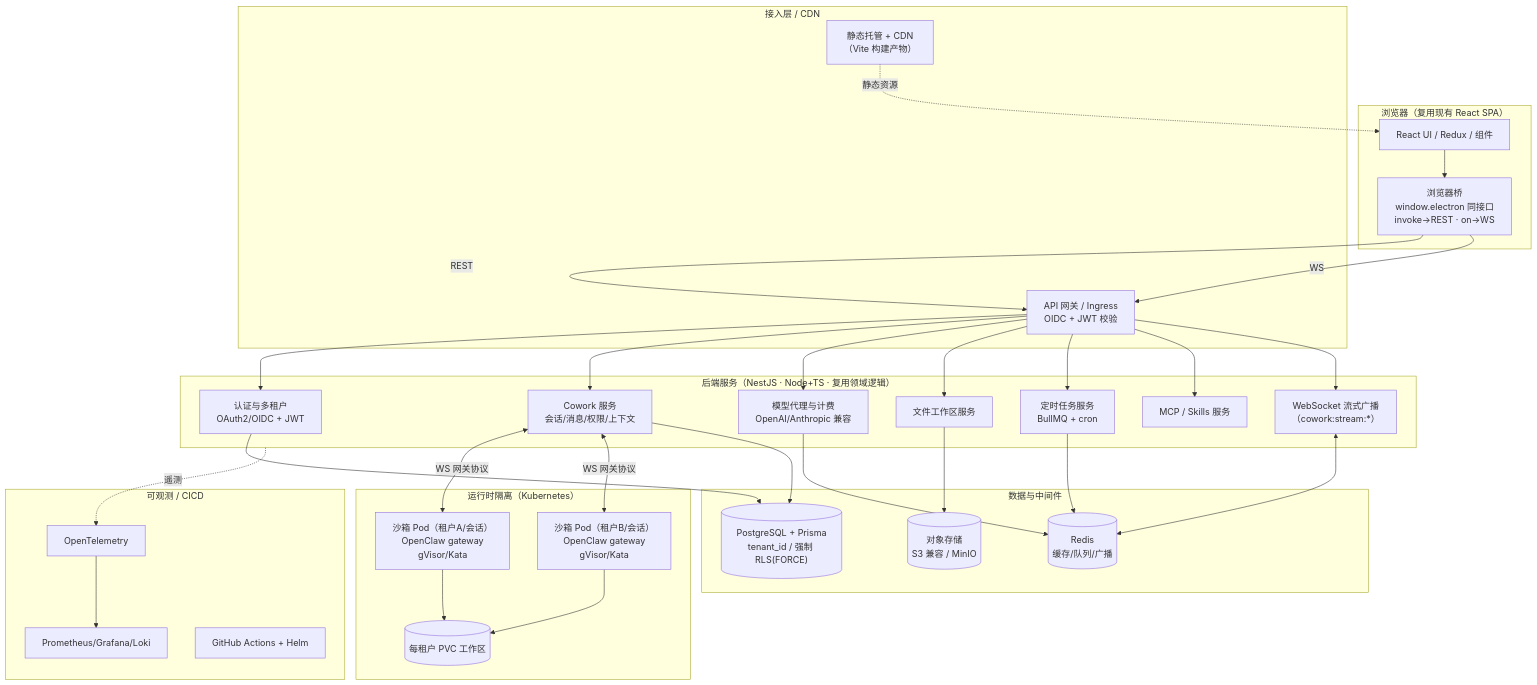
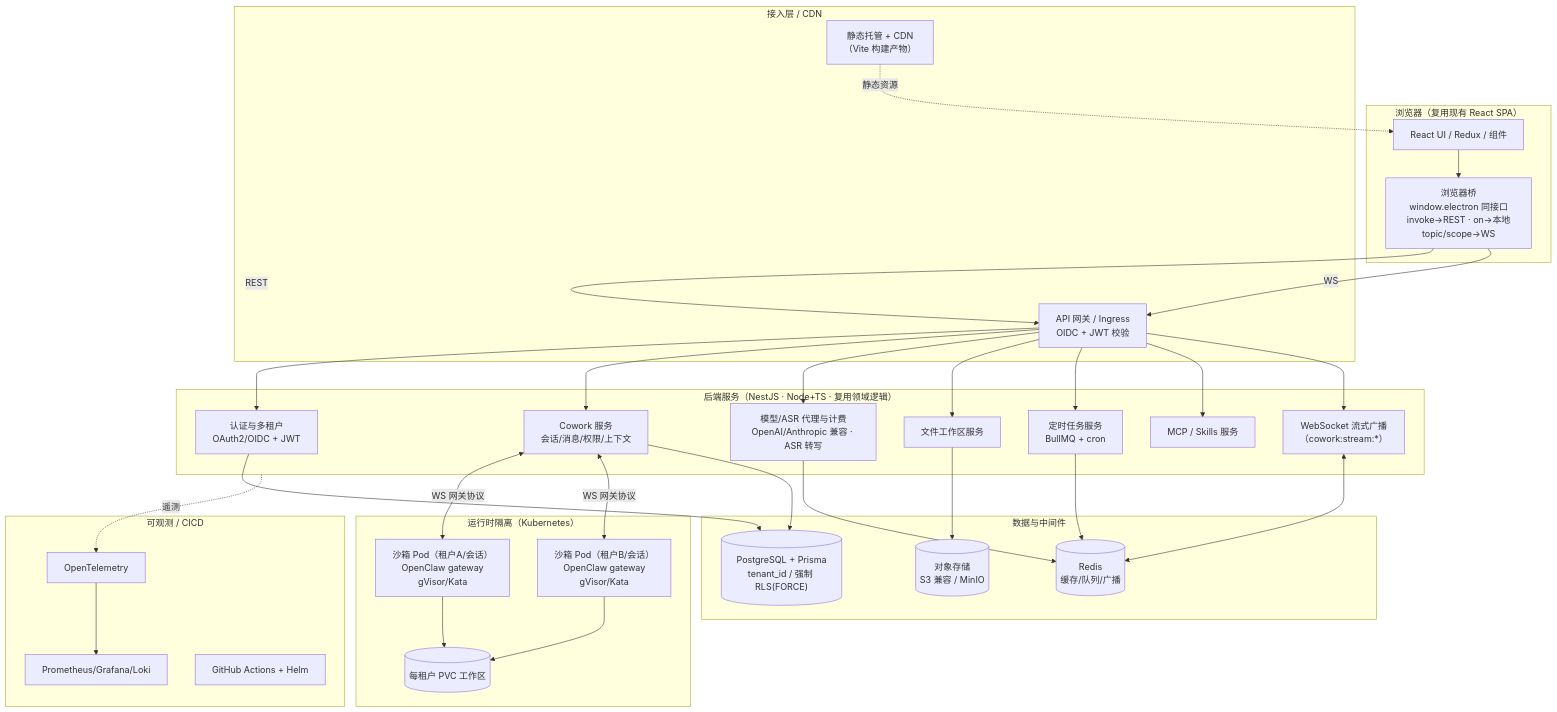
One commit to edward-ng-duke/LobsterAI changed the first of 3 diagrams in 改造计划/00-总览与执行摘要.md. Above: the diagram before and after it, drawn with Mermaid. The commit also changed other lines of this file and 27 other files, not shown here.

````diff
--- a/改造计划/00-总览与执行摘要.md
+++ b/改造计划/00-总览与执行摘要.md
@@ -103,57 +103,57 @@
 ```mermaid
 flowchart TB
   subgraph Client["浏览器（复用现有 React SPA）"]
     UI["React UI / Redux / 组件"]
-    Bridge["浏览器桥<br/>window.electron 同接口<br/>invoke→REST · on→WS"]
+    Bridge["浏览器桥<br/>window.electron 同接口<br/>invoke→REST · on→本地topic/scope→WS"]
     UI --> Bridge
   end
 
   subgraph Edge["接入层 / CDN"]
     CDN["静态托管 + CDN<br/>（Vite 构建产物）"]
     GW["API 网关 / Ingress<br/>OIDC + JWT 校验"]
   end
 
   subgraph Backend["后端服务（NestJS · Node+TS · 复用领域逻辑）"]
     Auth["认证与多租户<br/>OAuth2/OIDC + JWT"]
     Cowork["Cowork 服务<br/>会话/消息/权限/上下文"]
-    ModelProxy["模型代理与计费<br/>OpenAI/Anthropic 兼容"]
+    ModelProxy["模型/ASR 代理与计费<br/>OpenAI/Anthropic 兼容 · ASR 转写"]
     Files["文件工作区服务"]
     Sched["定时任务服务<br/>BullMQ + cron"]
     MCPSkill["MCP / Skills 服务"]
     WSHub["WebSocket 流式广播<br/>（cowork:stream:*）"]
   end
 
   subgraph Data["数据与中间件"]
     PG[("PostgreSQL + Prisma<br/>tenant_id / 强制 RLS(FORCE)")]
     Redis[("Redis<br/>缓存/队列/广播")]
     S3[("对象存储<br/>S3 兼容 / MinIO")]
   end
 
   subgraph Runtime["运行时隔离（Kubernetes）"]
     Pod1["沙箱 Pod（租户A/会话）<br/>OpenClaw gateway<br/>gVisor/Kata"]
     Pod2["沙箱 Pod（租户B/会话）<br/>OpenClaw gateway<br/>gVisor/Kata"]
     PVC[("每租户 PVC 工作区")]
   end
 
   subgraph Obs["可观测 / CICD"]
     OTel["OpenTelemetry"]
     Prom["Prometheus/Grafana/Loki"]
     CI["GitHub Actions + Helm"]
   end
 
   Bridge -->|REST| GW
   Bridge -->|WS| GW
   CDN -.静态资源.-> UI
   GW --> Auth & Cowork & ModelProxy & Files & Sched & MCPSkill & WSHub
 
   Cowork <-->|WS 网关协议| Pod1 & Pod2
   WSHub <--> Redis
   Cowork --> PG
   Auth --> PG
   ModelProxy --> Redis
   Files --> S3
   Pod1 & Pod2 --> PVC
   Sched --> Redis
 
   Backend -.遥测.-> OTel --> Prom
 ```
````
